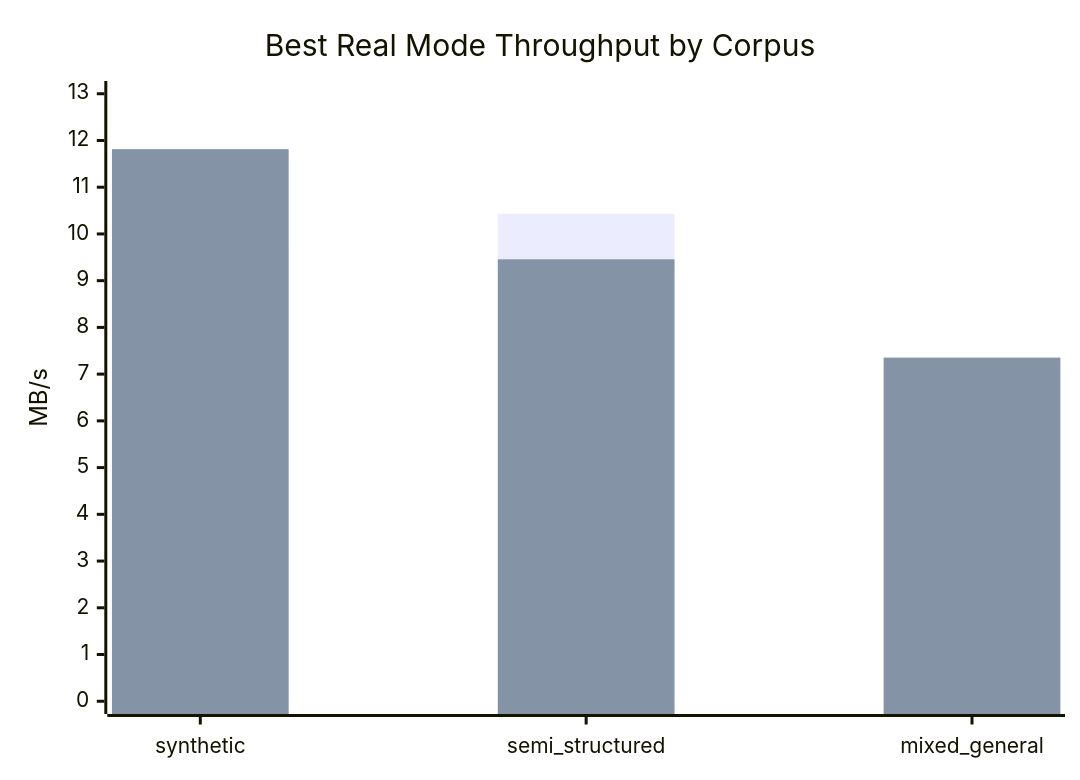
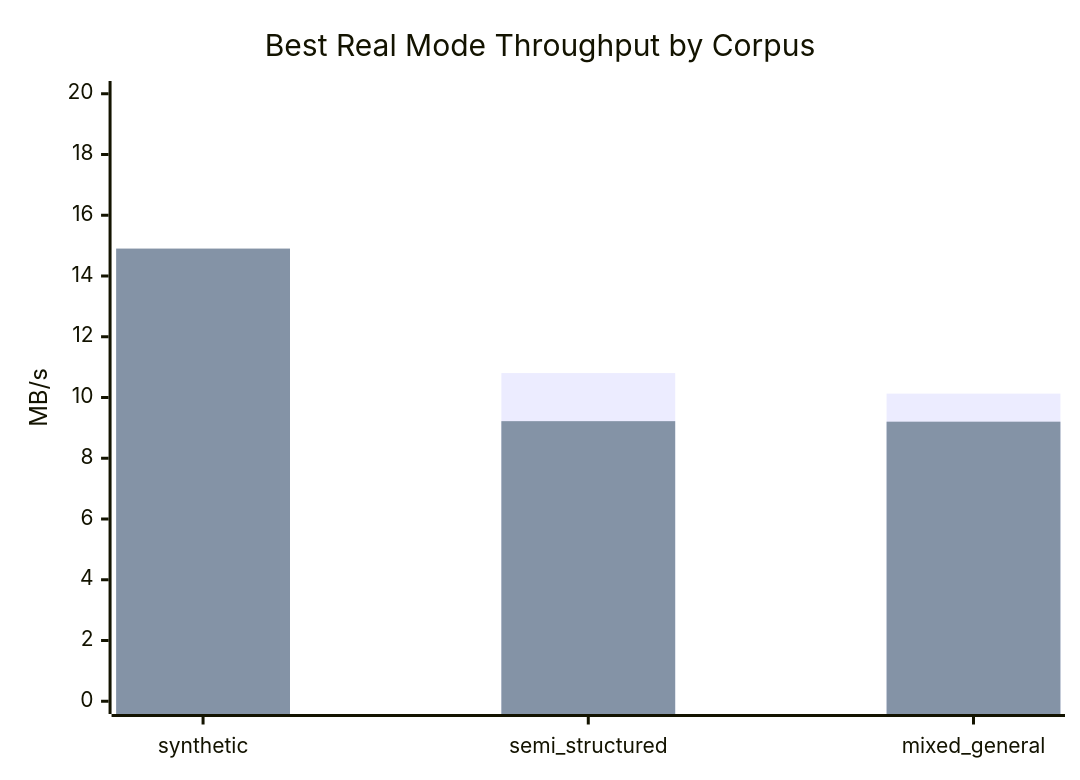
One commit to scruff2/Cube_Compression changed the third of 3 diagrams in reports/zip_competition_results.md. Above: the diagram before and after it, drawn with Mermaid. The commit also changed other lines of this file and 19 other files, not shown here.

````diff
--- a/reports/zip_competition_results.md
+++ b/reports/zip_competition_results.md
@@ -69,8 +69,8 @@
 ```mermaid
 xychart-beta
     title "Best Real Mode Throughput by Corpus"
     x-axis [synthetic, semi_structured, mixed_general]
-    y-axis "MB/s" 0 --> 13
-    bar [9.755, 10.430, 7.223]
-    bar [11.814, 9.457, 7.354]
+    y-axis "MB/s" 0 --> 20
+    bar [12.564, 10.804, 10.128]
+    bar [14.903, 9.221, 9.204]
 ```
````
